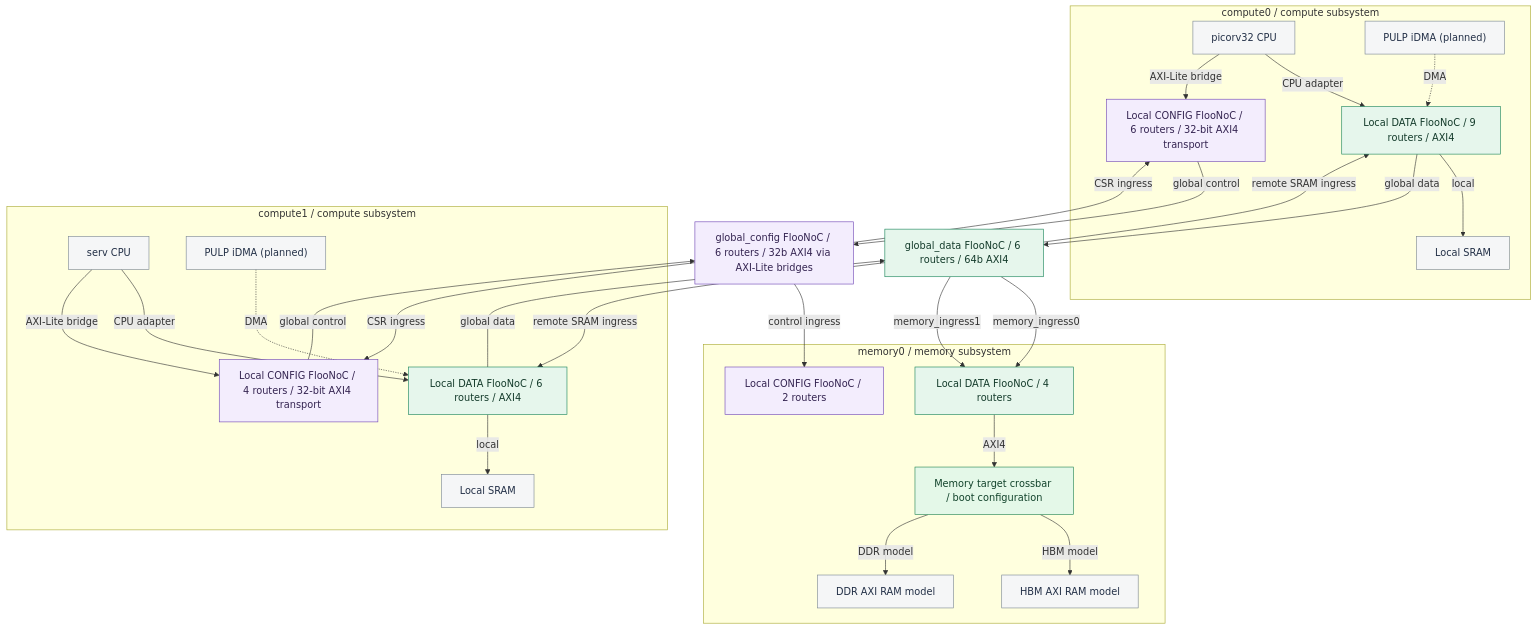
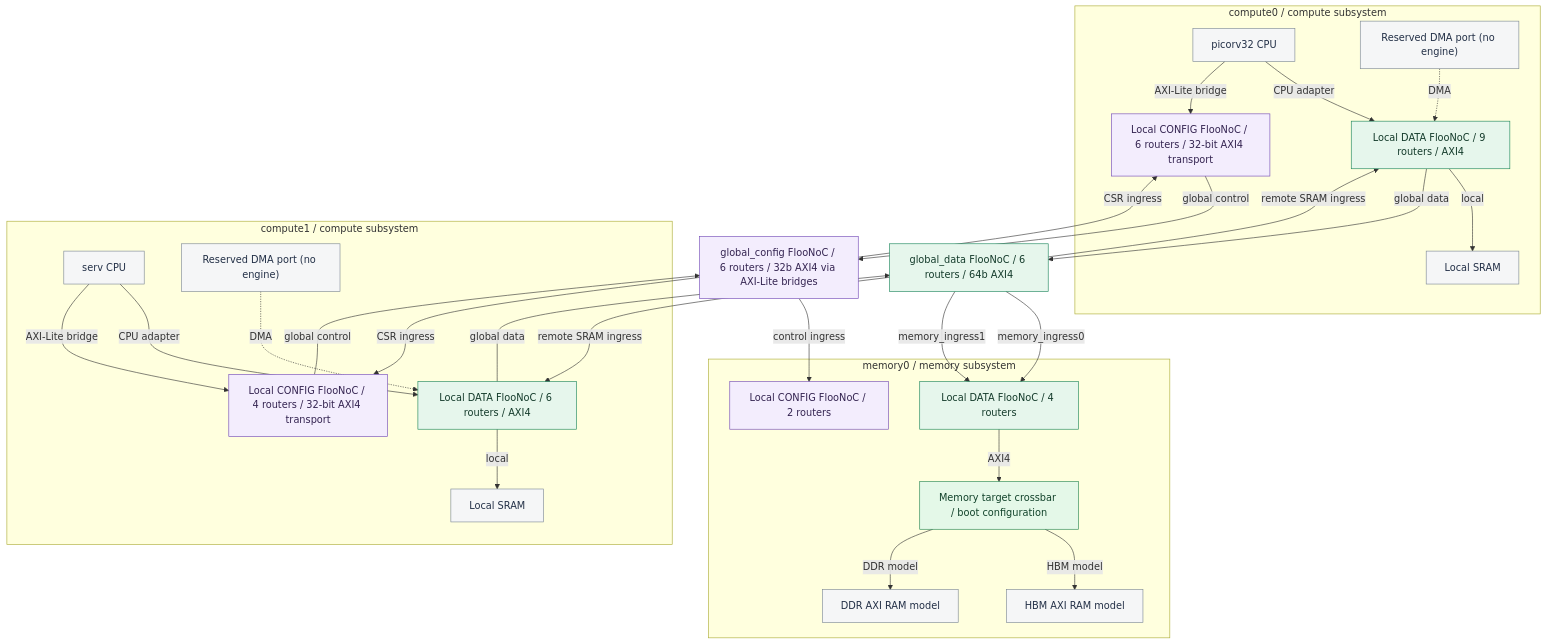
The diagram in gen/diagrams/noc-hierarchy.mmd (r987r/xezim-hello-world), drawn with Mermaid before and after one commit. The commit also changed 29 other files, not shown here.

```diff
--- a/gen/diagrams/noc-hierarchy.mmd
+++ b/gen/diagrams/noc-hierarchy.mmd
@@ -1,53 +1,53 @@
 flowchart TB
   classDef data fill:#e6f6ec,stroke:#188459,color:#143b2b;
   classDef config fill:#f3edfd,stroke:#7047b5,color:#342451;
   classDef model fill:#f5f6f7,stroke:#7b8794,color:#233047;
   classDef verified fill:#e4f8e8,stroke:#228450,color:#12432b;
   %% All FlooNoC internal router and NI RTL is generated.
   %% Solid links are wired in the boot configuration; DMA/controller links remain dashed.
   subgraph n_compute0_box["compute0 / compute subsystem"]
   n_compute0_cpu["picorv32 CPU"]:::model
-  n_compute0_dma["PULP iDMA (planned)"]:::model
+  n_compute0_dma["Reserved DMA port (no engine)"]:::model
   n_compute0_sram["Local SRAM"]:::model
   n_compute0_local_data["Local DATA FlooNoC / 9 routers / AXI4"]:::data
   n_compute0_local_config["Local CONFIG FlooNoC / 6 routers / 32-bit AXI4 transport"]:::config
   end
   n_compute0_cpu -->|CPU adapter| n_compute0_local_data
   n_compute0_dma -.->|DMA| n_compute0_local_data
   n_compute0_local_data -->|local| n_compute0_sram
   n_compute0_cpu -->|AXI-Lite bridge| n_compute0_local_config
   n_compute0_local_data -->|global data| n_global_data
   n_compute0_local_config -->|global control| n_global_config
   subgraph n_compute1_box["compute1 / compute subsystem"]
   n_compute1_cpu["serv CPU"]:::model
-  n_compute1_dma["PULP iDMA (planned)"]:::model
+  n_compute1_dma["Reserved DMA port (no engine)"]:::model
   n_compute1_sram["Local SRAM"]:::model
   n_compute1_local_data["Local DATA FlooNoC / 6 routers / AXI4"]:::data
   n_compute1_local_config["Local CONFIG FlooNoC / 4 routers / 32-bit AXI4 transport"]:::config
   end
   n_compute1_cpu -->|CPU adapter| n_compute1_local_data
   n_compute1_dma -.->|DMA| n_compute1_local_data
   n_compute1_local_data -->|local| n_compute1_sram
   n_compute1_cpu -->|AXI-Lite bridge| n_compute1_local_config
   n_compute1_local_data -->|global data| n_global_data
   n_compute1_local_config -->|global control| n_global_config
   n_global_data["global_data FlooNoC / 6 routers / 64b AXI4"]:::data
   n_global_config["global_config FlooNoC / 6 routers / 32b AXI4 via AXI-Lite bridges"]:::config
   subgraph n_memory0_box["memory0 / memory subsystem"]
   n_memory0_local_data["Local DATA FlooNoC / 4 routers"]:::data
   n_memory0_local_config["Local CONFIG FlooNoC / 2 routers"]:::config
   n_xbar["Memory target crossbar / boot configuration"]:::verified
   n_memory0_hbm0["HBM AXI RAM model"]:::model
   n_memory0_ddr0["DDR AXI RAM model"]:::model
   end
   n_global_data -->|remote SRAM ingress| n_compute0_local_data
   n_global_config -->|CSR ingress| n_compute0_local_config
   n_global_data -->|remote SRAM ingress| n_compute1_local_data
   n_global_config -->|CSR ingress| n_compute1_local_config
   n_global_data -->|memory_ingress0| n_memory0_local_data
   n_global_data -->|memory_ingress1| n_memory0_local_data
   n_global_config -->|control ingress| n_memory0_local_config
   n_memory0_local_data -->|AXI4| n_xbar
   n_xbar -->|HBM model| n_memory0_hbm0
   n_xbar -->|DDR model| n_memory0_ddr0
   %% Physical HBM/DDR controllers and iDMA engines remain unintegrated.
```
